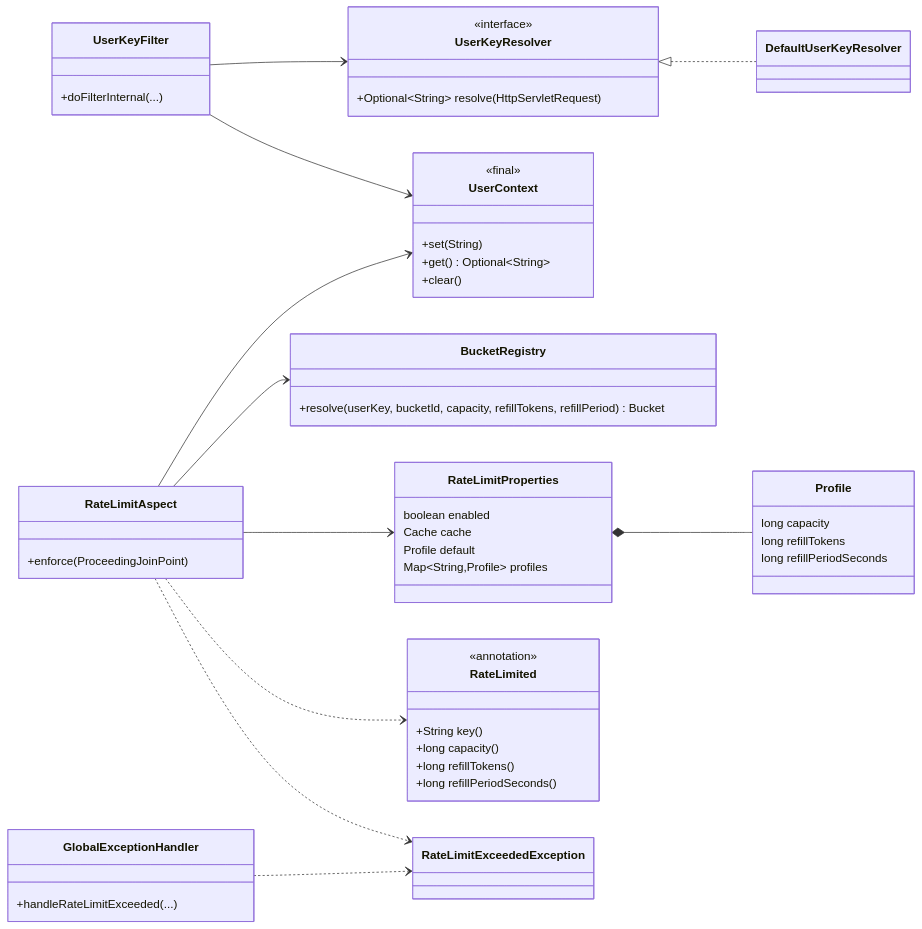
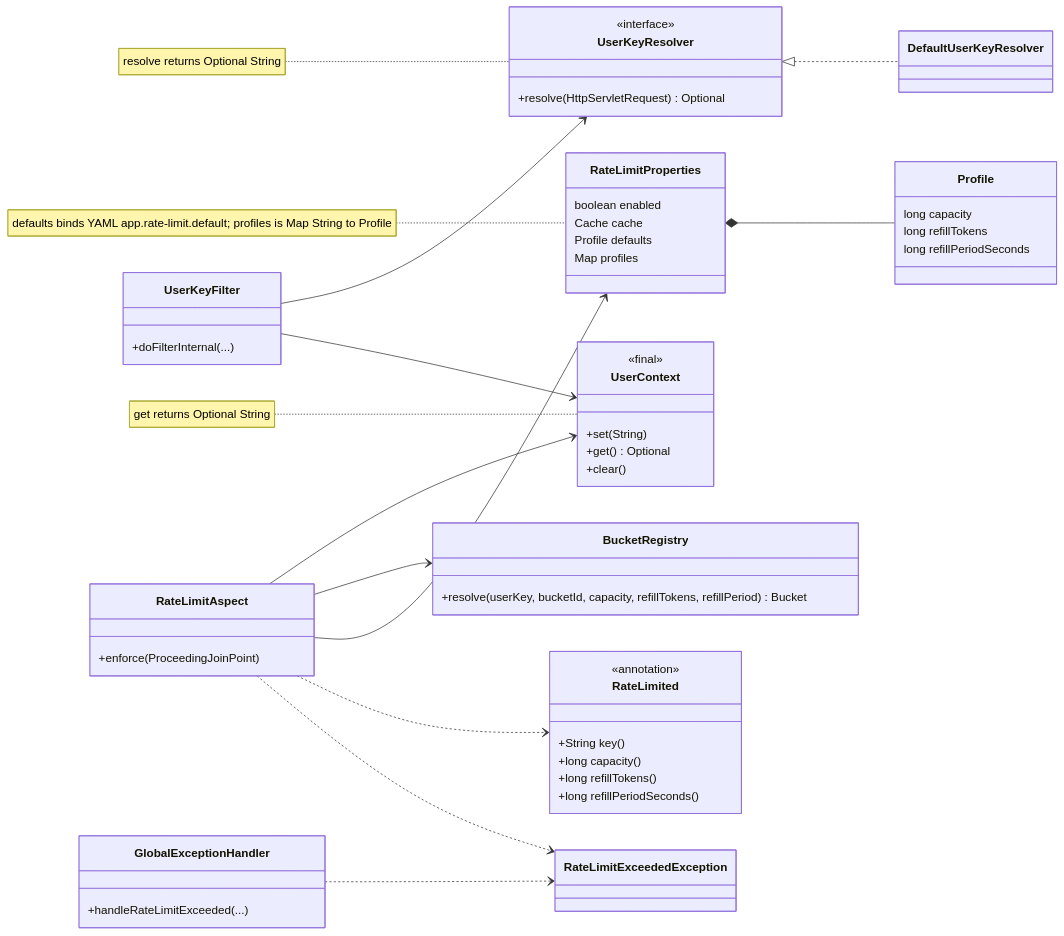
One commit to tufangorel/spring-boot-hibernate-bidirectional-many-to-one-relationship-mapping changed the sixth of 7 diagrams in doc/rate-limiting.md. Above: the diagram before and after it, drawn with Mermaid. The commit also changed other lines of this file, not shown here.

First line of the commit message:
docs: fix Mermaid in rate-limiting.md for GitHub rich display

````diff
--- a/doc/rate-limiting.md
+++ b/doc/rate-limiting.md
@@ -365,57 +367,61 @@
 ```mermaid
 classDiagram
     direction LR
     class RateLimited {
         <<annotation>>
         +String key()
         +long capacity()
         +long refillTokens()
         +long refillPeriodSeconds()
     }
     class RateLimitProperties {
         boolean enabled
         Cache cache
-        Profile default
-        Map~String,Profile~ profiles
+        Profile defaults
+        Map profiles
     }
     class Profile {
         long capacity
         long refillTokens
         long refillPeriodSeconds
     }
     class UserKeyResolver {
         <<interface>>
-        +Optional~String~ resolve(HttpServletRequest)
+        +resolve(HttpServletRequest) Optional
     }
     class DefaultUserKeyResolver
     class UserKeyFilter {
         +doFilterInternal(...)
     }
     class UserContext {
         <<final>>
         +set(String)
-        +get() Optional~String~
+        +get() Optional
         +clear()
     }
     class BucketRegistry {
         +resolve(userKey, bucketId, capacity, refillTokens, refillPeriod) Bucket
     }
     class RateLimitAspect {
         +enforce(ProceedingJoinPoint)
     }
     class RateLimitExceededException
     class GlobalExceptionHandler {
         +handleRateLimitExceeded(...)
     }
 
     UserKeyResolver <|.. DefaultUserKeyResolver
     UserKeyFilter --> UserKeyResolver
     UserKeyFilter --> UserContext
     RateLimitAspect --> UserContext
     RateLimitAspect --> BucketRegistry
     RateLimitAspect --> RateLimitProperties
     RateLimitAspect ..> RateLimited
     RateLimitProperties *-- Profile
     GlobalExceptionHandler ..> RateLimitExceededException
     RateLimitAspect ..> RateLimitExceededException
+
+    note for RateLimitProperties "defaults binds YAML app.rate-limit.default; profiles is Map String to Profile"
+    note for UserKeyResolver "resolve returns Optional String"
+    note for UserContext "get returns Optional String"
 ```
````
